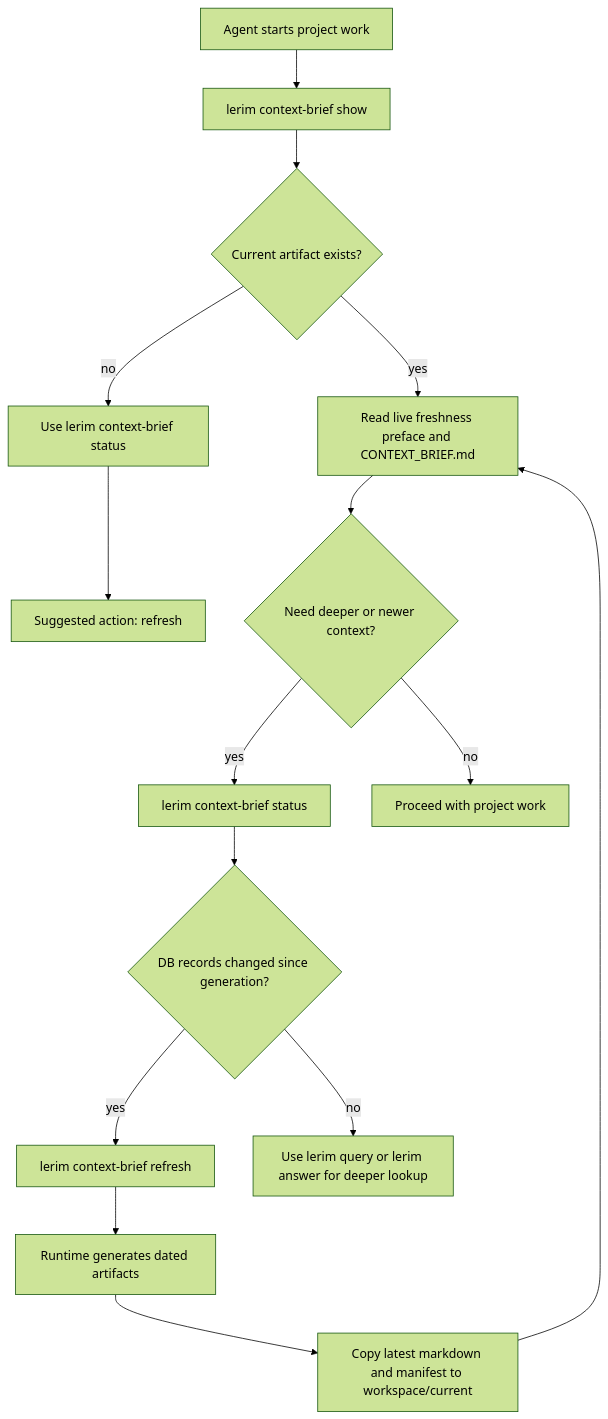
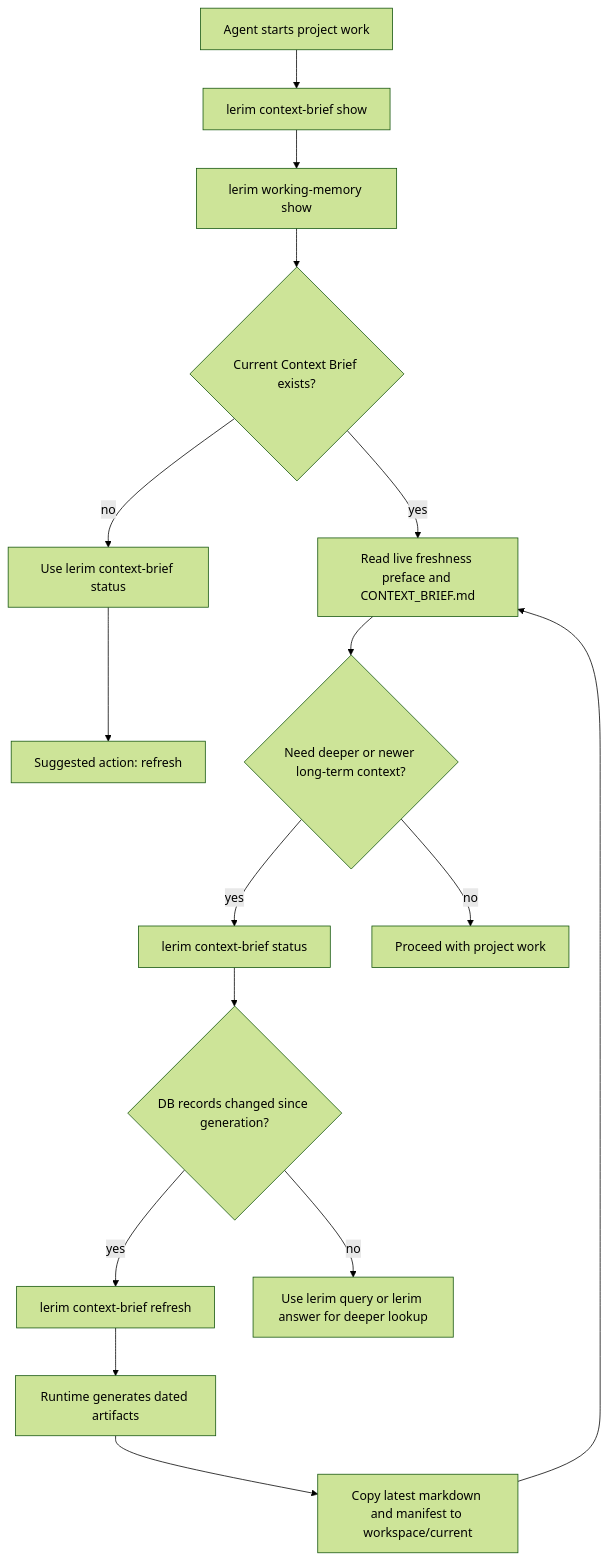
Before and after one commit to nablo-io/lerim: the first of 2 diagrams in docs/concepts/context-brief.md, drawn with Mermaid (forest theme). The commit also changed other lines of this file and 53 other files, not shown here.

Commit message:
feat: add working memory dashboard and graph UX

````diff
--- a/docs/concepts/context-brief.md
+++ b/docs/concepts/context-brief.md
@@ -29,17 +33,18 @@
 ```mermaid
 flowchart TD
     A["Agent starts project work"] --> B["lerim context-brief show"]
-    B --> C{"Current artifact exists?"}
-    C -- "yes" --> D["Read live freshness preface and CONTEXT_BRIEF.md"]
-    C -- "no" --> E["Use lerim context-brief status"]
-    E --> F["Suggested action: refresh"]
-    D --> G{"Need deeper or newer context?"}
-    G -- "yes" --> H["lerim context-brief status"]
-    H --> I{"DB records changed since generation?"}
-    I -- "yes" --> J["lerim context-brief refresh"]
-    I -- "no" --> K["Use lerim query or lerim answer for deeper lookup"]
-    G -- "no" --> L["Proceed with project work"]
-    J --> M["Runtime generates dated artifacts"]
-    M --> N["Copy latest markdown and manifest to workspace/current"]
-    N --> D
+    B --> C["lerim working-memory show"]
+    C --> D{"Current Context Brief exists?"}
+    D -- "yes" --> E["Read live freshness preface and CONTEXT_BRIEF.md"]
+    D -- "no" --> F["Use lerim context-brief status"]
+    F --> G["Suggested action: refresh"]
+    E --> H{"Need deeper or newer long-term context?"}
+    H -- "yes" --> I["lerim context-brief status"]
+    I --> J{"DB records changed since generation?"}
+    J -- "yes" --> K["lerim context-brief refresh"]
+    J -- "no" --> L["Use lerim query or lerim answer for deeper lookup"]
+    H -- "no" --> M["Proceed with project work"]
+    K --> N["Runtime generates dated artifacts"]
+    N --> O["Copy latest markdown and manifest to workspace/current"]
+    O --> E
 ```
````
